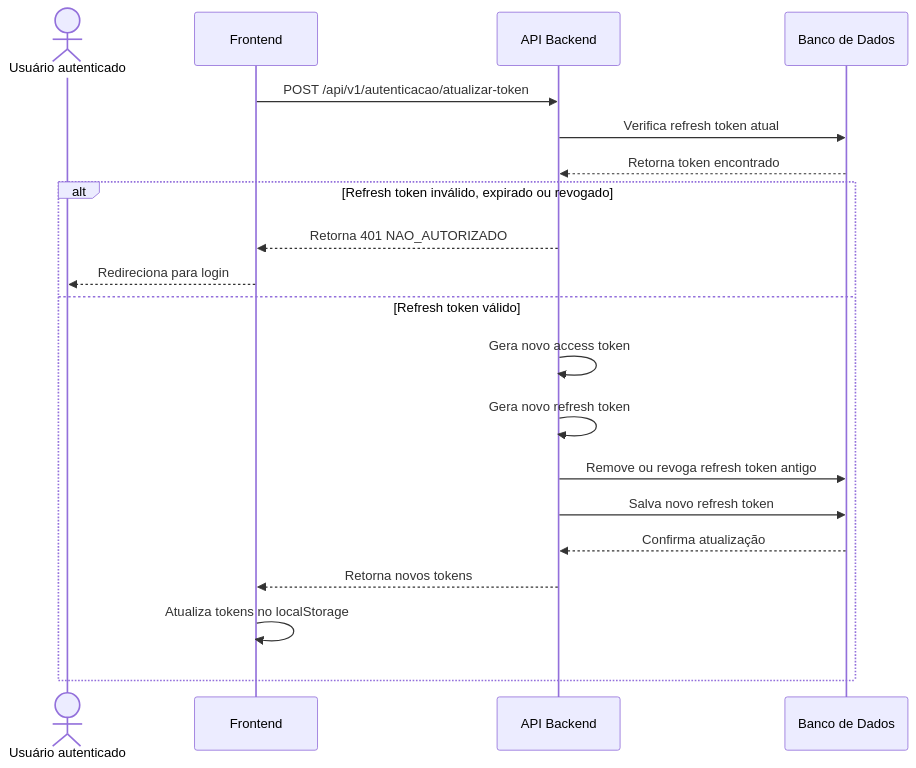
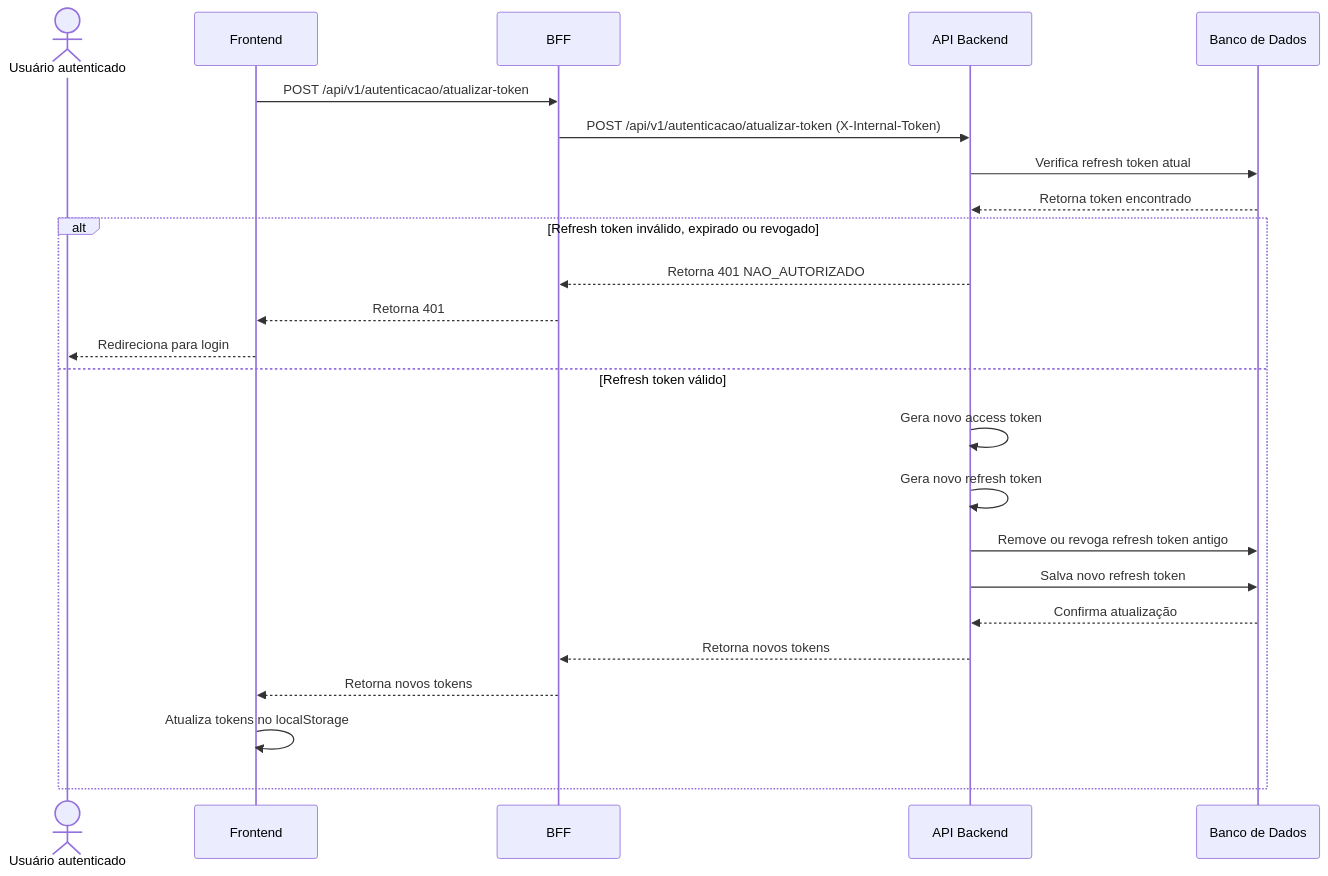
The sixth of 8 diagrams in docs/arquitetura/visoes/processos.md (fga-eps-mds/2026-1-AnatoQuizUp-Doc), drawn with Mermaid before and after one commit. The commit also changed other lines of this file and 14 other files, not shown here.

````diff
--- a/docs/arquitetura/visoes/processos.md
+++ b/docs/arquitetura/visoes/processos.md
@@ -147,24 +172,28 @@
 ```mermaid
 sequenceDiagram
     actor Usuario as Usuário autenticado
     participant Frontend
+    participant BFF
     participant Backend as API Backend
     participant Banco as Banco de Dados
 
-    Frontend->>Backend: POST /api/v1/autenticacao/atualizar-token
+    Frontend->>BFF: POST /api/v1/autenticacao/atualizar-token
+    BFF->>Backend: POST /api/v1/autenticacao/atualizar-token (X-Internal-Token)
     Backend->>Banco: Verifica refresh token atual
     Banco-->>Backend: Retorna token encontrado
 
     alt Refresh token inválido, expirado ou revogado
-        Backend-->>Frontend: Retorna 401 NAO_AUTORIZADO
+        Backend-->>BFF: Retorna 401 NAO_AUTORIZADO
+        BFF-->>Frontend: Retorna 401
         Frontend-->>Usuario: Redireciona para login
     else Refresh token válido
         Backend->>Backend: Gera novo access token
         Backend->>Backend: Gera novo refresh token
         Backend->>Banco: Remove ou revoga refresh token antigo
         Backend->>Banco: Salva novo refresh token
         Banco-->>Backend: Confirma atualização
-        Backend-->>Frontend: Retorna novos tokens
+        Backend-->>BFF: Retorna novos tokens
+        BFF-->>Frontend: Retorna novos tokens
         Frontend->>Frontend: Atualiza tokens no localStorage
     end
 ```
````
